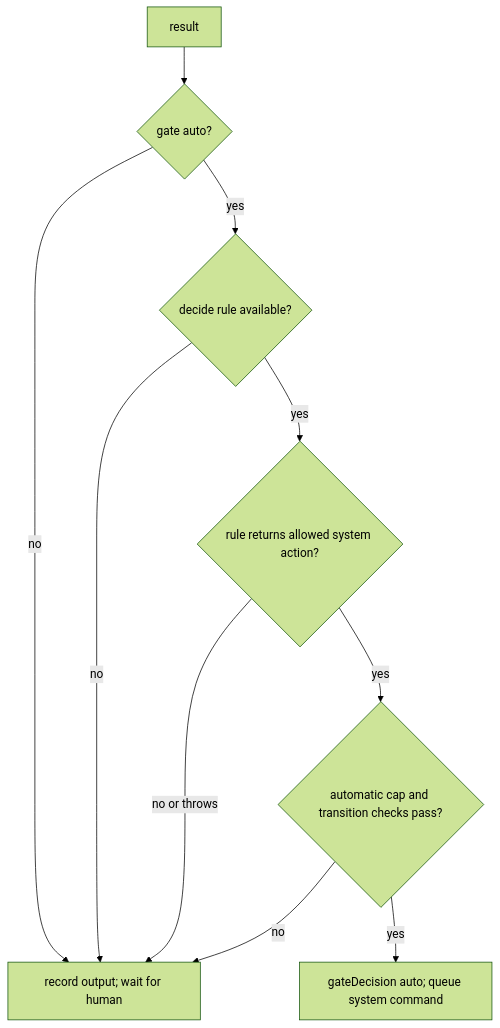
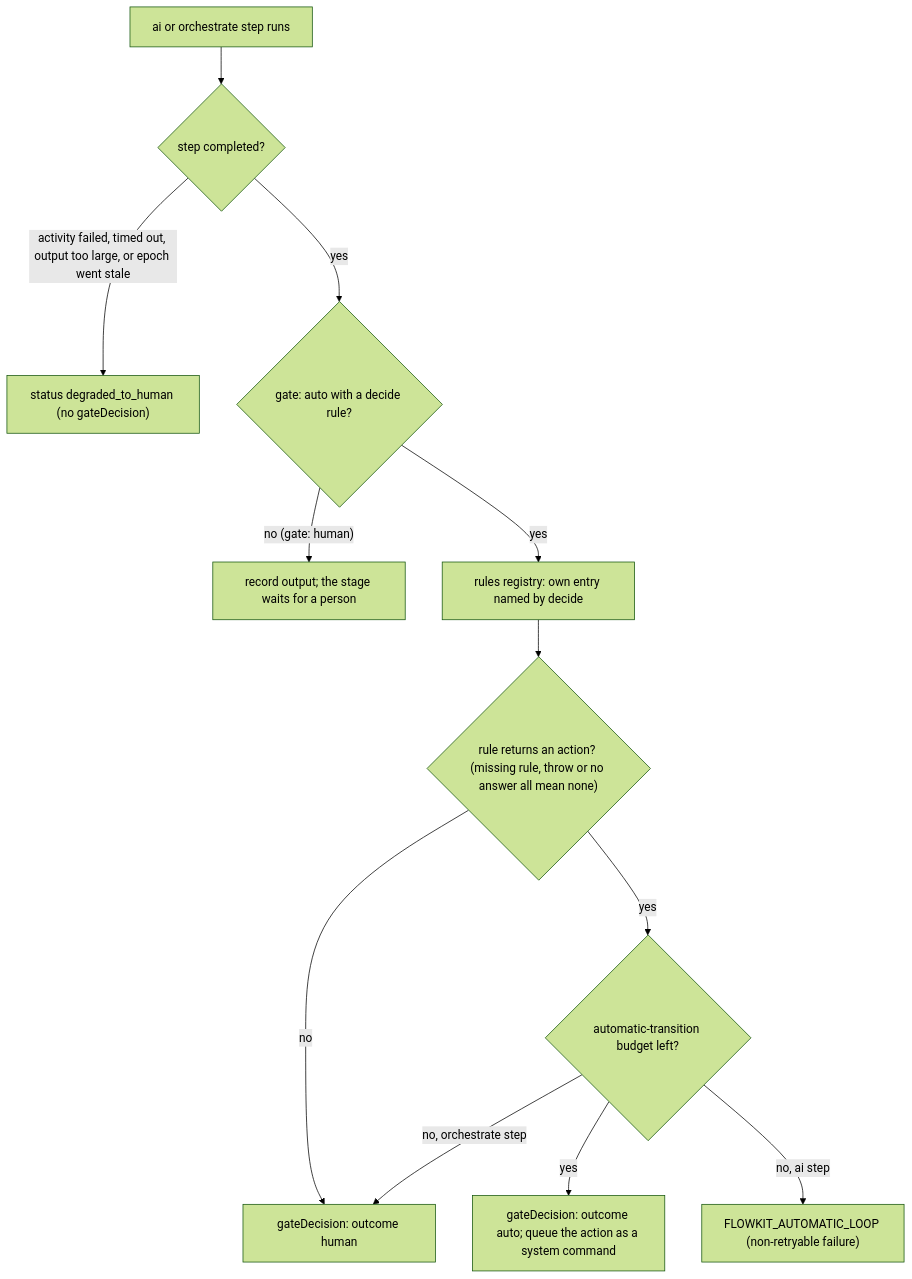
Before and after one commit to teopeurt/flowkit: the sixth of 10 diagrams in docs/definitions-deep-dive.md, drawn with Mermaid (forest theme). The commit also changed other lines of this file and 5 other files, not shown here.

````diff
--- a/docs/definitions-deep-dive.md
+++ b/docs/definitions-deep-dive.md
@@ -163,12 +186,14 @@
 ```mermaid
 flowchart TD
- S[result] --> G{gate auto?}
- G -- no --> H[record output; wait for human]
- G -- yes --> R{decide rule available?}
- R -- no --> H
- R -- yes --> X{rule returns allowed system action?}
- X -- no or throws --> H
- X -- yes --> Q{automatic cap and transition checks pass?}
- Q -- no --> H
- Q -- yes --> A[gateDecision auto; queue system command]
+  S[ai or orchestrate step runs] --> D{step completed?}
+  D -- "activity failed, timed out, output too large, or epoch went stale" --> DG["status degraded_to_human (no gateDecision)"]
+  D -- yes --> G{"gate: auto with a decide rule?"}
+  G -- "no (gate: human)" --> H[record output; the stage waits for a person]
+  G -- yes --> R["rules registry: own entry named by decide"]
+  R --> X{"rule returns an action? (missing rule, throw or no answer all mean none)"}
+  X -- no --> HD["gateDecision: outcome human"]
+  X -- yes --> C{automatic-transition budget left?}
+  C -- yes --> A["gateDecision: outcome auto; queue the action as a system command"]
+  C -- "no, ai step" --> L["FLOWKIT_AUTOMATIC_LOOP (non-retryable failure)"]
+  C -- "no, orchestrate step" --> HD
 ```
````
